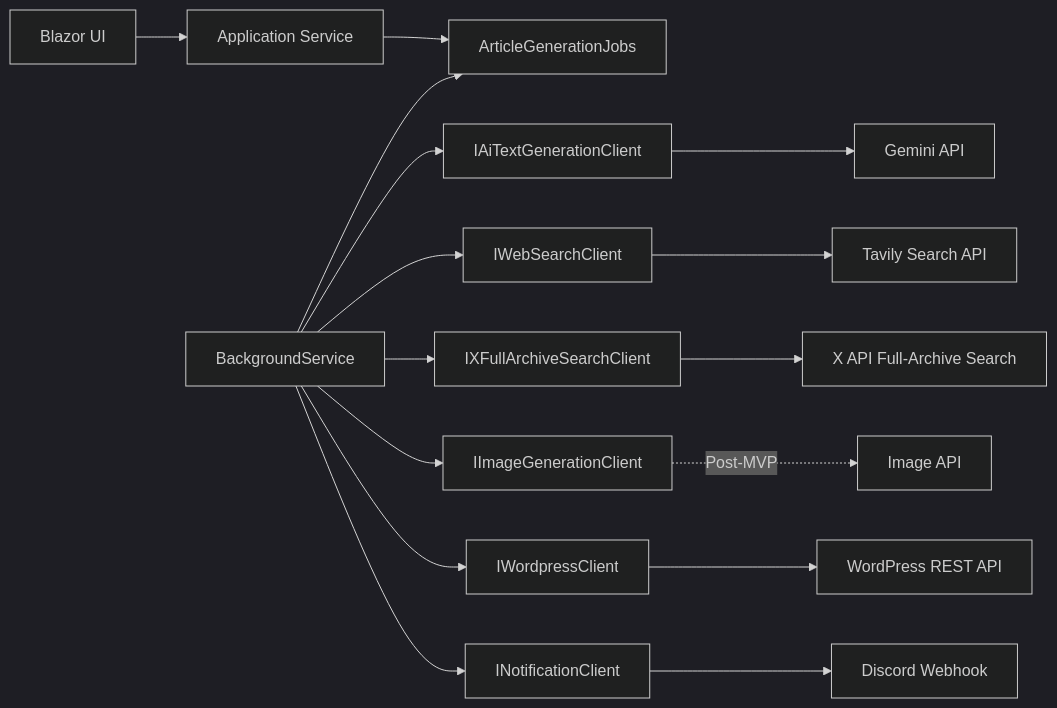
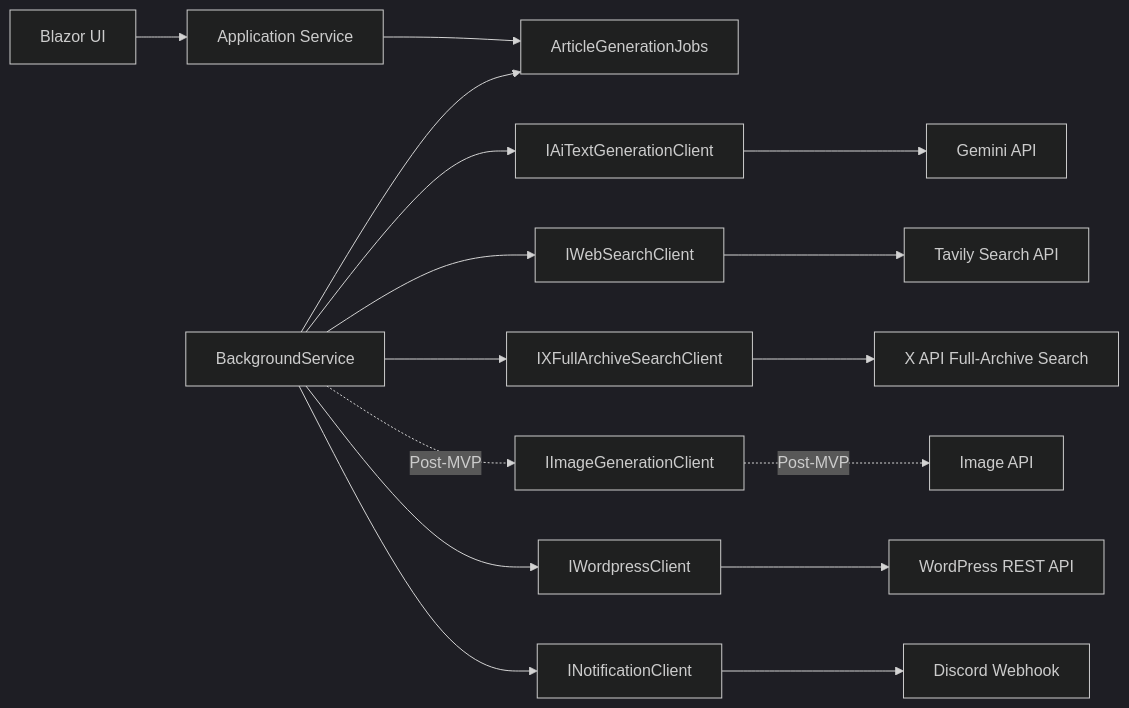
Before and after one commit to Cat5Dog2/web-writing-tool: the diagram in docs/external-integration-design.md, drawn with Mermaid (dark theme). The commit also changed other lines of this file and 11 other files, not shown here.

````diff
--- a/docs/external-integration-design.md
+++ b/docs/external-integration-design.md
@@ -34,18 +34,18 @@
 ```mermaid
 flowchart LR
     UI["Blazor UI"] --> App["Application Service"]
     App --> Job["ArticleGenerationJobs"]
     Worker["BackgroundService"] --> Job
     Worker --> AI["IAiTextGenerationClient"]
     Worker --> Search["IWebSearchClient"]
     Worker --> XSearch["IXFullArchiveSearchClient"]
-    Worker --> Image["IImageGenerationClient"]
+    Worker -. "Post-MVP" .-> Image["IImageGenerationClient"]
     Worker --> WP["IWordpressClient"]
     Worker --> Notify["INotificationClient"]
     AI --> Gemini["Gemini API"]
     Search --> Tavily["Tavily Search API"]
     XSearch --> XApi["X API Full-Archive Search"]
     Image -. "Post-MVP" .-> ImageApi["Image API"]
     WP --> WordPress["WordPress REST API"]
     Notify --> Discord["Discord Webhook"]
 ```
````
